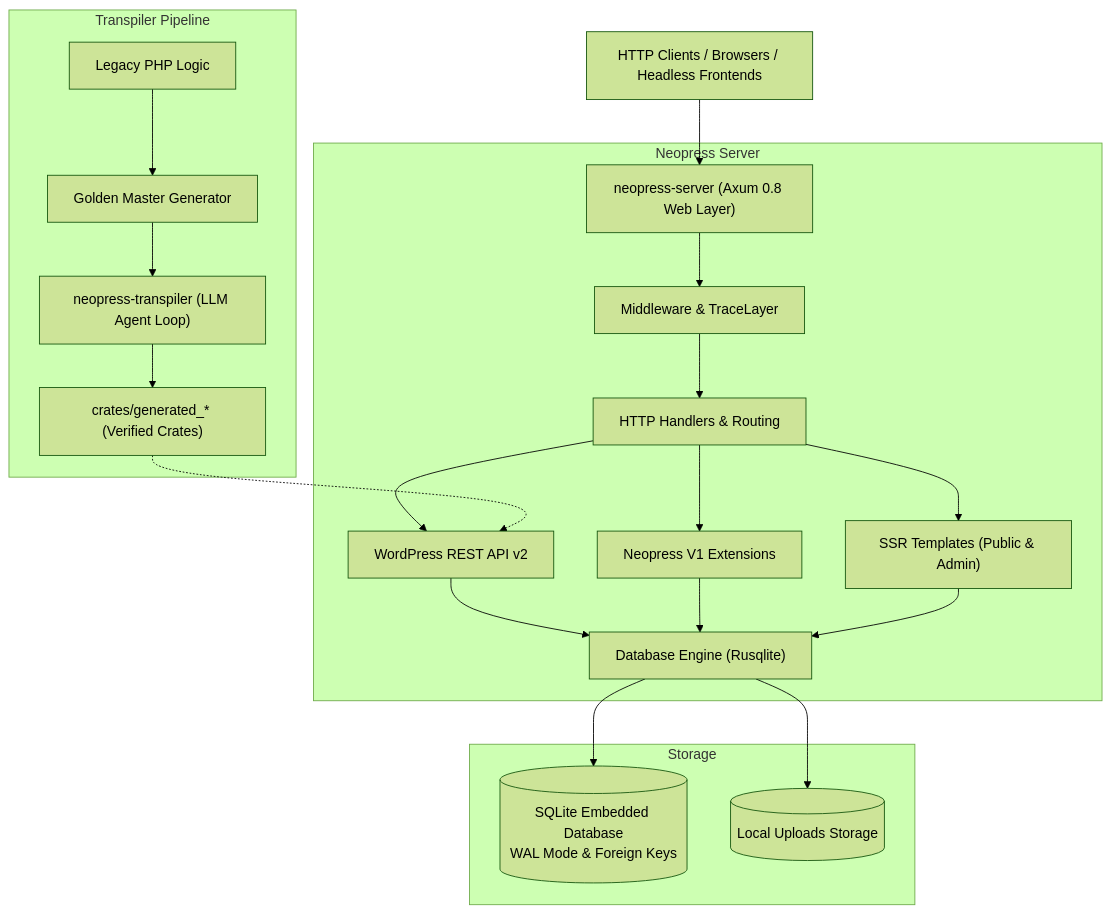
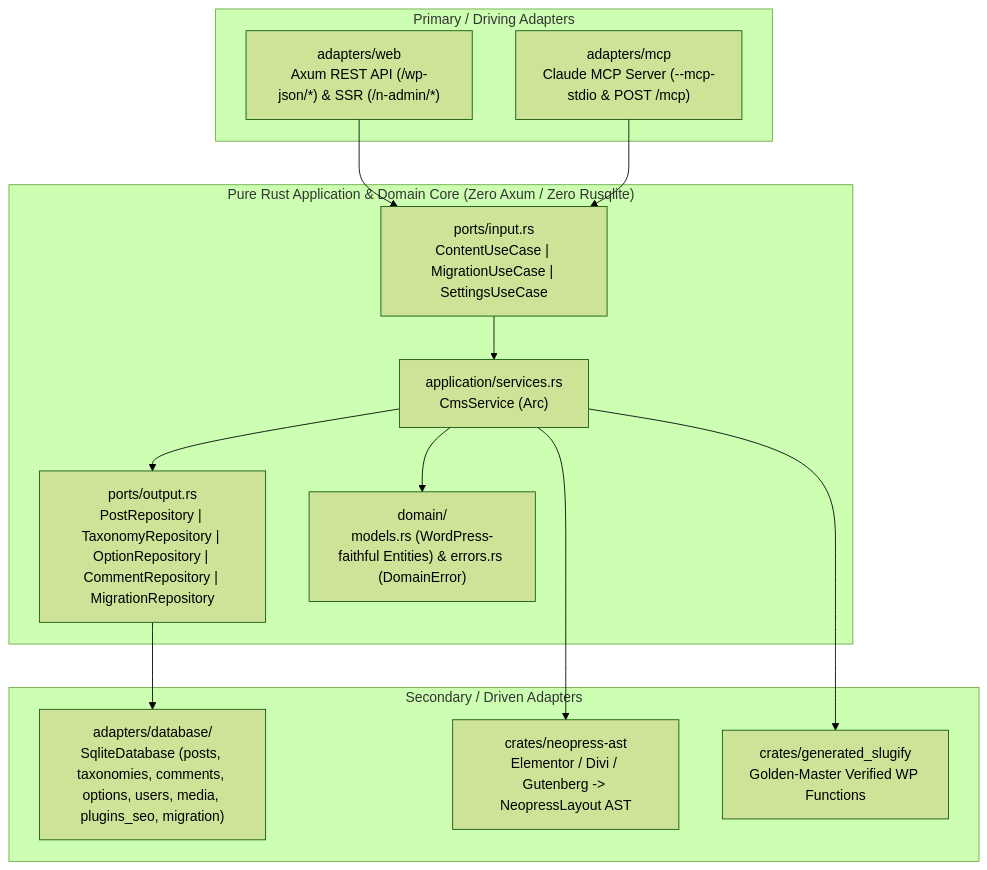
Before and after one commit to Trooper-lab/Daypress: the diagram in README.md, drawn with Mermaid (forest theme). The commit also changed other lines of this file, not shown here.

Commit message:
docs(migrations): document an Elementor client site 1:1 WXR migration architecture and bugfixes

````diff
--- a/README.md
+++ b/README.md
@@ -32,27 +31,29 @@
 ```mermaid
-graph TD
-    Client["HTTP Clients / Browsers / Headless Frontends"] --> Axum["neopress-server (Axum 0.8 Web Layer)"]
-    
-    subgraph Neopress Server
-        Axum --> Auth["Middleware & TraceLayer"]
-        Auth --> Handlers["HTTP Handlers & Routing"]
-        Handlers --> SSR["SSR Templates (Public & Admin)"]
-        Handlers --> REST["WordPress REST API v2"]
-        Handlers --> NeopressExt["Neopress V1 Extensions"]
-        REST --> DB["Database Engine (Rusqlite)"]
-        NeopressExt --> DB
-        SSR --> DB
+flowchart TD
+    subgraph Primary ["Primary / Driving Adapters"]
+        Web["adapters/web\nAxum REST API (/wp-json/*) & SSR (/n-admin/*)"]
+        MCP["adapters/mcp\nClaude MCP Server (--mcp-stdio & POST /mcp)"]
     end
 
-    subgraph Storage
-        DB --> SQLite[("SQLite Embedded Database\nWAL Mode & Foreign Keys")]
-        DB --> MediaStore[("Local Uploads Storage")]
+    subgraph Core ["Pure Rust Application & Domain Core (Zero Axum / Zero Rusqlite)"]
+        InputPorts["ports/input.rs\nContentUseCase | MigrationUseCase | SettingsUseCase"]
+        App["application/services.rs\nCmsService (Arc<dyn ...Repository>)"]
+        OutputPorts["ports/output.rs\nPostRepository | TaxonomyRepository | OptionRepository | CommentRepository | MigrationRepository"]
+        Domain["domain/\nmodels.rs (WordPress-faithful Entities) & errors.rs (DomainError)"]
     end
 
-    subgraph Transpiler Pipeline
-        PHP["Legacy PHP Logic"] --> GoldenMaster["Golden Master Generator"]
-        GoldenMaster --> Transpiler["neopress-transpiler (LLM Agent Loop)"]
-        Transpiler --> VerifiedRust["crates/generated_* (Verified Crates)"]
-        VerifiedRust -.-> REST
+    subgraph Secondary ["Secondary / Driven Adapters"]
+        Sqlite["adapters/database/\nSqliteDatabase (posts, taxonomies, comments, options, users, media, plugins_seo, migration)"]
+        AST["crates/neopress-ast\nElementor / Divi / Gutenberg -> NeopressLayout AST"]
+        Slugify["crates/generated_slugify\nGolden-Master Verified WP Functions"]
     end
+
+    Web --> InputPorts
+    MCP --> InputPorts
+    InputPorts --> App
+    App --> OutputPorts
+    App --> Domain
+    App --> AST
+    App --> Slugify
+    OutputPorts --> Sqlite
 ```
````
